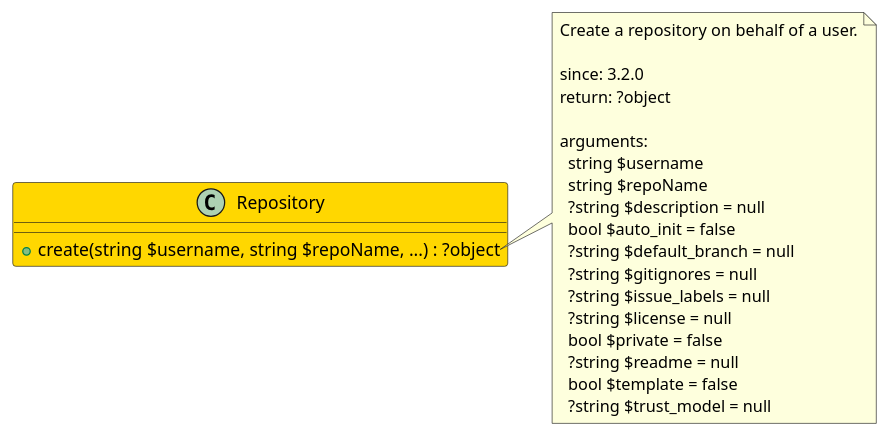
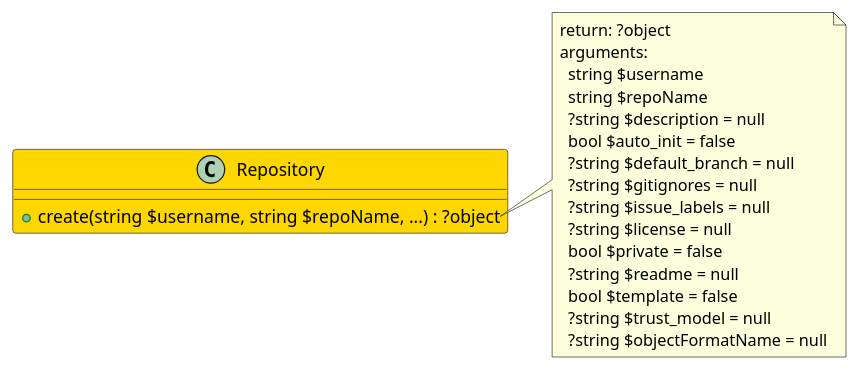
The diagram in src/49ae84dc-4474-468f-bf99-c92433fd1cc4/README.md (joomengine/gitea), drawn with PlantUML before and after one commit. The commit also changed other lines of this file and 370 other files, not shown here.

````diff
--- a/src/49ae84dc-4474-468f-bf99-c92433fd1cc4/README.md
+++ b/src/49ae84dc-4474-468f-bf99-c92433fd1cc4/README.md
@@ -6,30 +6,27 @@
 ```uml
 @startuml
 
-class Repository  #Gold {
+class Repository #Gold {
   + create(string $username, string $repoName, ...) : ?object
 }
 
 note right of Repository::create
-  Create a repository on behalf of a user.
-
-  since: 3.2.0
   return: ?object
-  
   arguments:
     string $username
     string $repoName
     ?string $description = null
     bool $auto_init = false
     ?string $default_branch = null
     ?string $gitignores = null
     ?string $issue_labels = null
     ?string $license = null
     bool $private = false
     ?string $readme = null
     bool $template = false
     ?string $trust_model = null
+    ?string $objectFormatName = null
 end note
 
 @enduml
 ```
````
